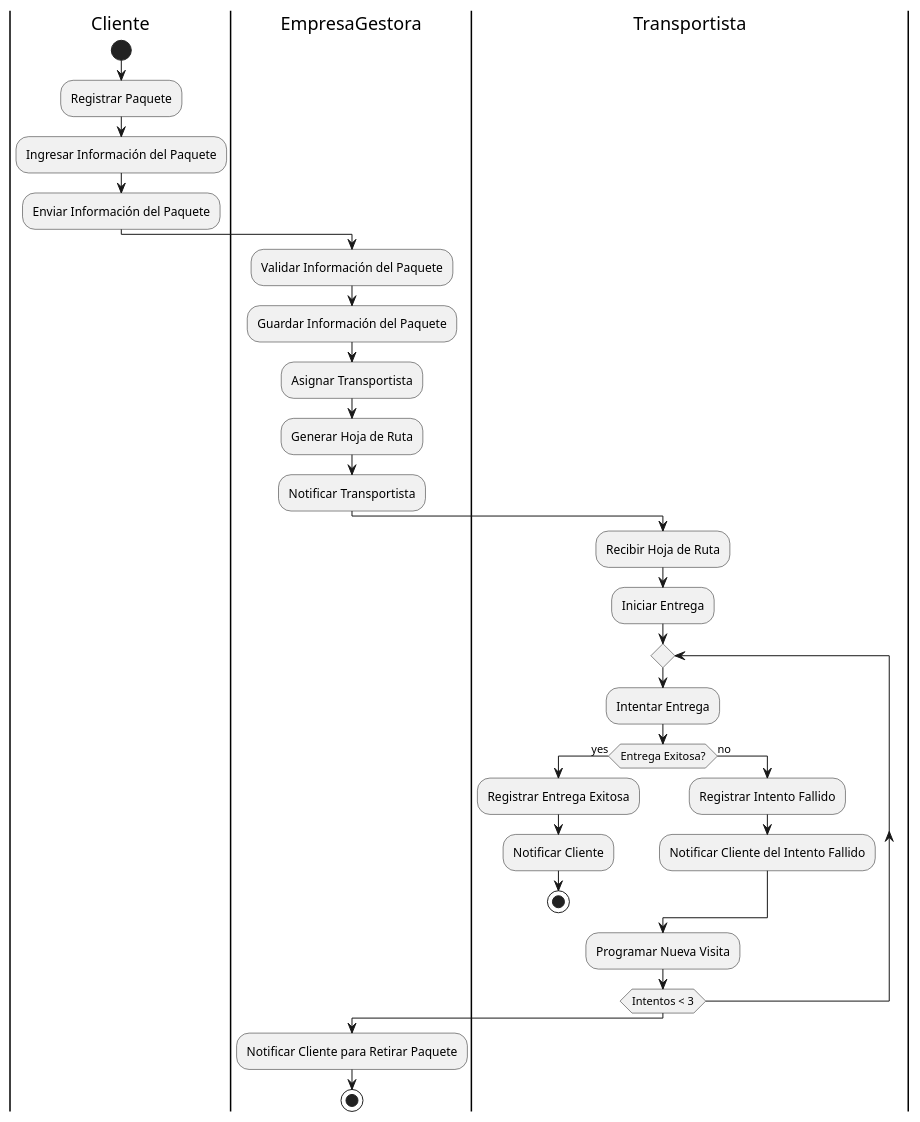
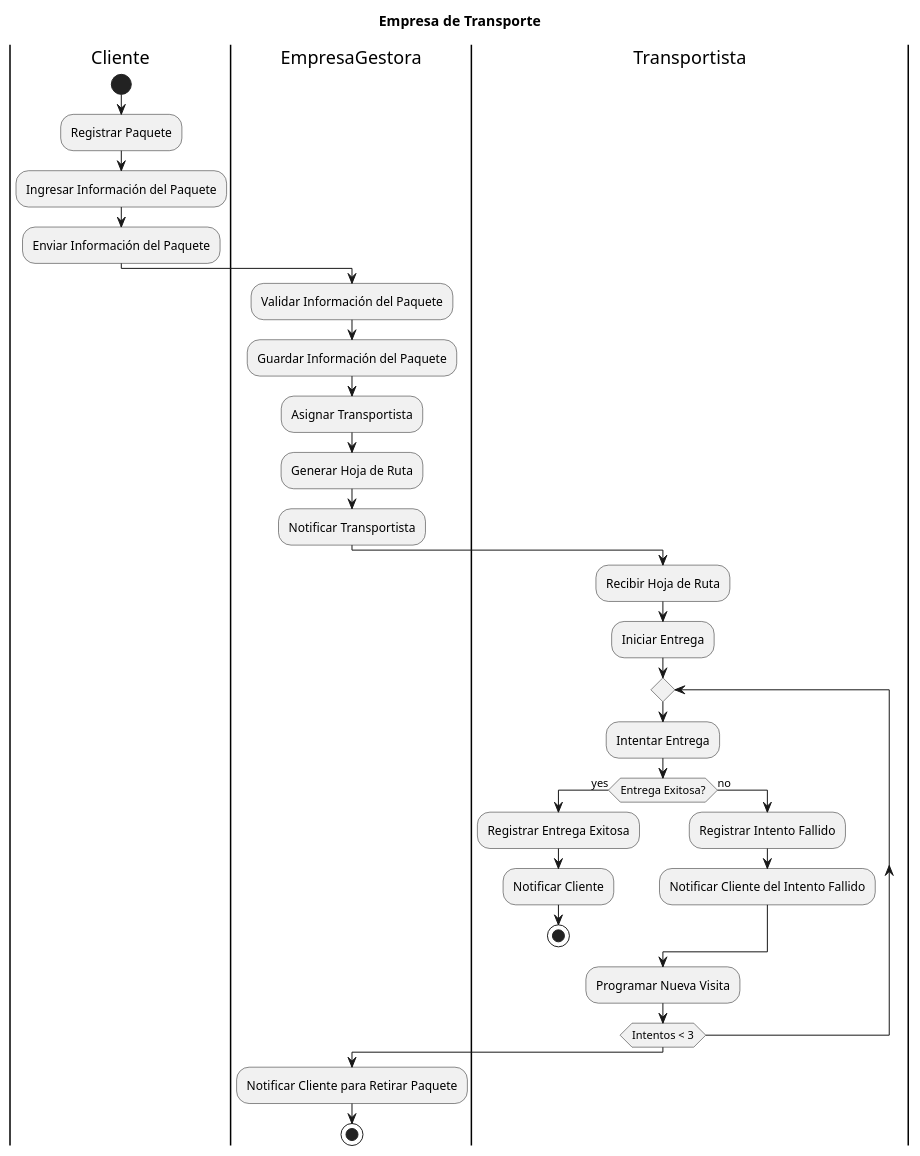
The diagram in 4-otro/da.plantuml (Andreskub/sistemas-informacion), drawn with PlantUML before and after one commit. The commit also changed 4 other files, not shown here.

Commit message:
final diagrams

```diff
--- a/4-otro/da.plantuml
+++ b/4-otro/da.plantuml
@@ -1,35 +1,38 @@
 @startuml
+
+title Empresa de Transporte
+
 |Cliente|
 start
 :Registrar Paquete;
 :Ingresar Información del Paquete;
 :Enviar Información del Paquete;
 
 |EmpresaGestora|
 :Validar Información del Paquete;
 :Guardar Información del Paquete;
 :Asignar Transportista;
 :Generar Hoja de Ruta;
 :Notificar Transportista;
 
 |Transportista|
 :Recibir Hoja de Ruta;
 :Iniciar Entrega;
 
 repeat
     :Intentar Entrega;
     if (Entrega Exitosa?) then (yes)
         :Registrar Entrega Exitosa;
         :Notificar Cliente;
         stop
     else (no)
         :Registrar Intento Fallido;
         :Notificar Cliente del Intento Fallido;
     endif
 :Programar Nueva Visita;
 repeat while (Intentos < 3);
 
 |EmpresaGestora|
 :Notificar Cliente para Retirar Paquete;
 stop
 @enduml
```
